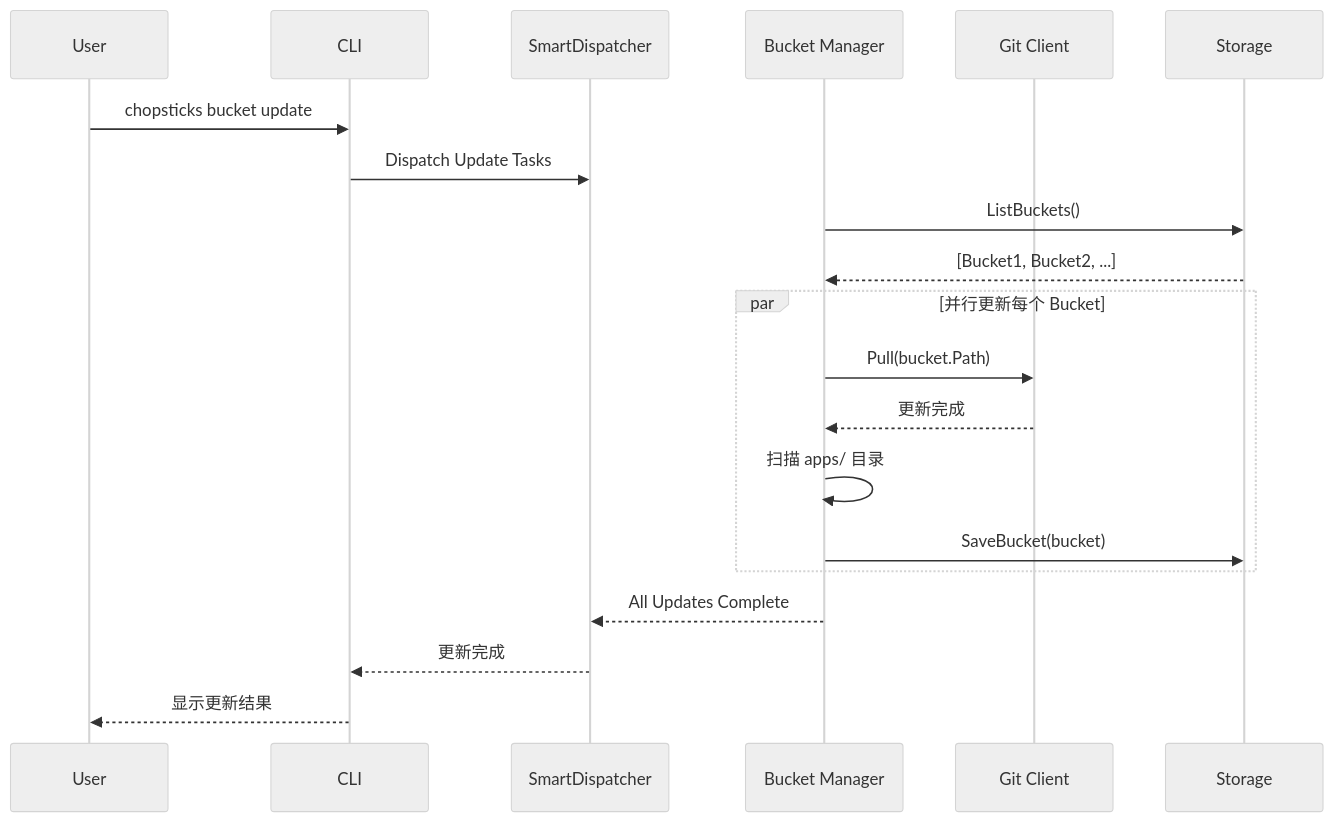
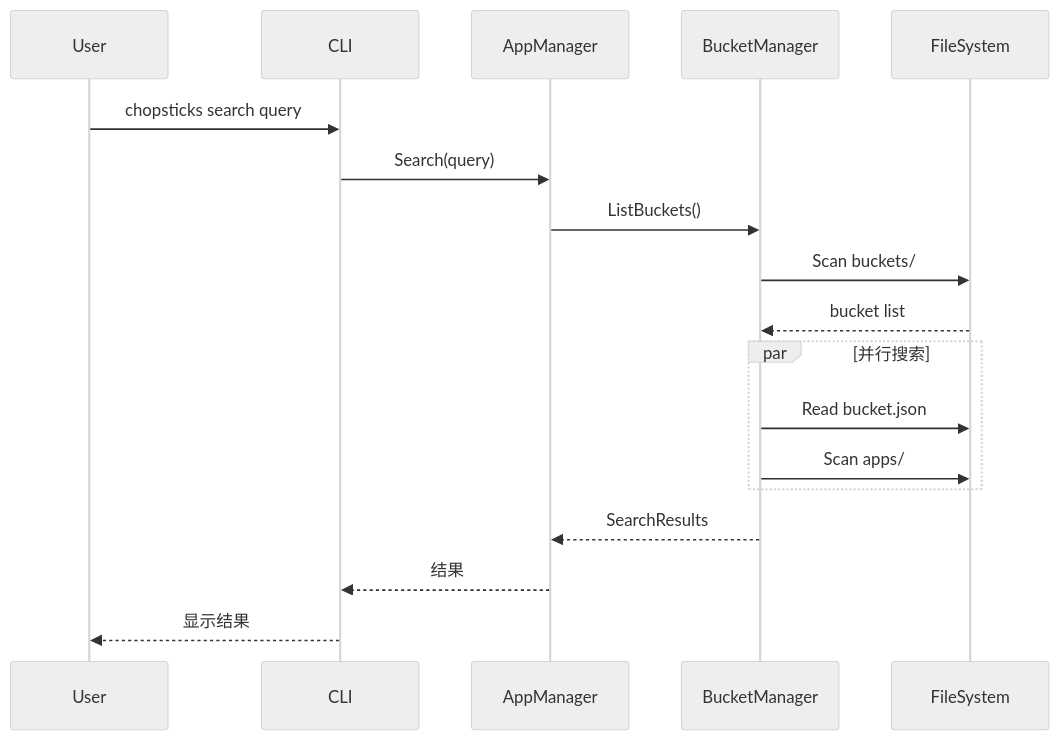
Before and after one commit to morning-start/chopsticks: the third of 3 diagrams in wiki/ARCHITECTURE.md, drawn with Mermaid (neutral theme). The commit also changed other lines of this file and 13 other files, not shown here.

````diff
--- a/wiki/ARCHITECTURE.md
+++ b/wiki/ARCHITECTURE.md
@@ -790,26 +333,24 @@
 ```mermaid
 sequenceDiagram
     participant User
     participant CLI
-    participant Dispatcher as SmartDispatcher
-    participant BucketMgr as Bucket Manager
-    participant Git as Git Client
-    participant Store as Storage
+    participant AppMgr as AppManager
+    participant BucketMgr as BucketManager
+    participant FS as FileSystem
 
-    User->>CLI: chopsticks bucket update
-    CLI->>Dispatcher: Dispatch Update Tasks
+    User->>CLI: chopsticks search query
+    CLI->>AppMgr: Search(query)
 
-    BucketMgr->>Store: ListBuckets()
-    Store-->>BucketMgr: [Bucket1, Bucket2, ...]
+    AppMgr->>BucketMgr: ListBuckets()
+    BucketMgr->>FS: Scan buckets/
+    FS-->>BucketMgr: bucket list
 
-    par 并行更新每个 Bucket
-        BucketMgr->>Git: Pull(bucket.Path)
-        Git-->>BucketMgr: 更新完成
-        BucketMgr->>BucketMgr: 扫描 apps/ 目录
-        BucketMgr->>Store: SaveBucket(bucket)
+    par 并行搜索
+        BucketMgr->>FS: Read bucket.json
+        BucketMgr->>FS: Scan apps/
     end
 
-    BucketMgr-->>Dispatcher: All Updates Complete
-    Dispatcher-->>CLI: 更新完成
-    CLI-->>User: 显示更新结果
+    BucketMgr-->>AppMgr: SearchResults
+    AppMgr-->>CLI: 结果
+    CLI-->>User: 显示结果
 ```
````
